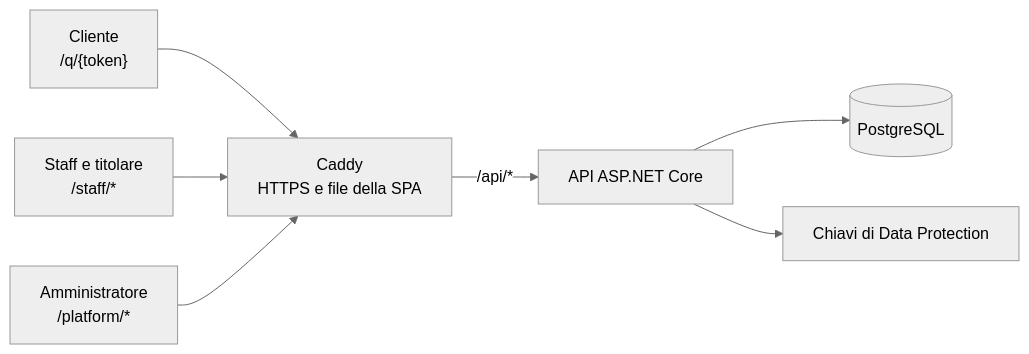
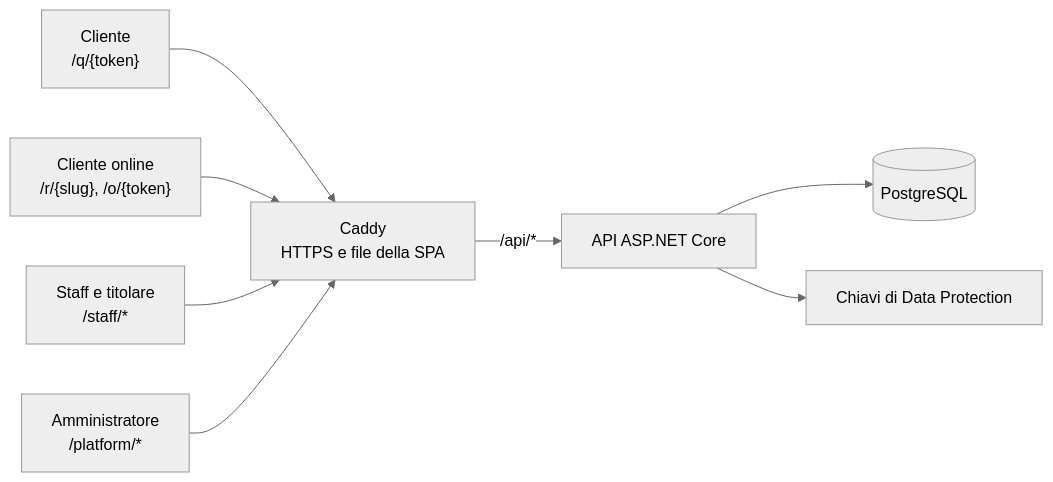
Before and after one commit to lorenzoyang/TavoloFlow: the diagram in README.it.md, drawn with Mermaid (neutral theme). The commit also changed other lines of this file and 19 other files, not shown here.

````diff
--- a/README.it.md
+++ b/README.it.md
@@ -126,9 +126,10 @@
 ```mermaid
 flowchart LR
   G["Cliente<br>/q/{token}"] --> C
+  O["Cliente online<br>/r/{slug}, /o/{token}"] --> C
   S["Staff e titolare<br>/staff/*"] --> C
   P["Amministratore<br>/platform/*"] --> C
   C["Caddy<br>HTTPS e file della SPA"] -->|"/api/*"| A["API ASP.NET Core"]
   A --> D[("PostgreSQL")]
   A --> K["Chiavi di Data Protection"]
 ```
````
